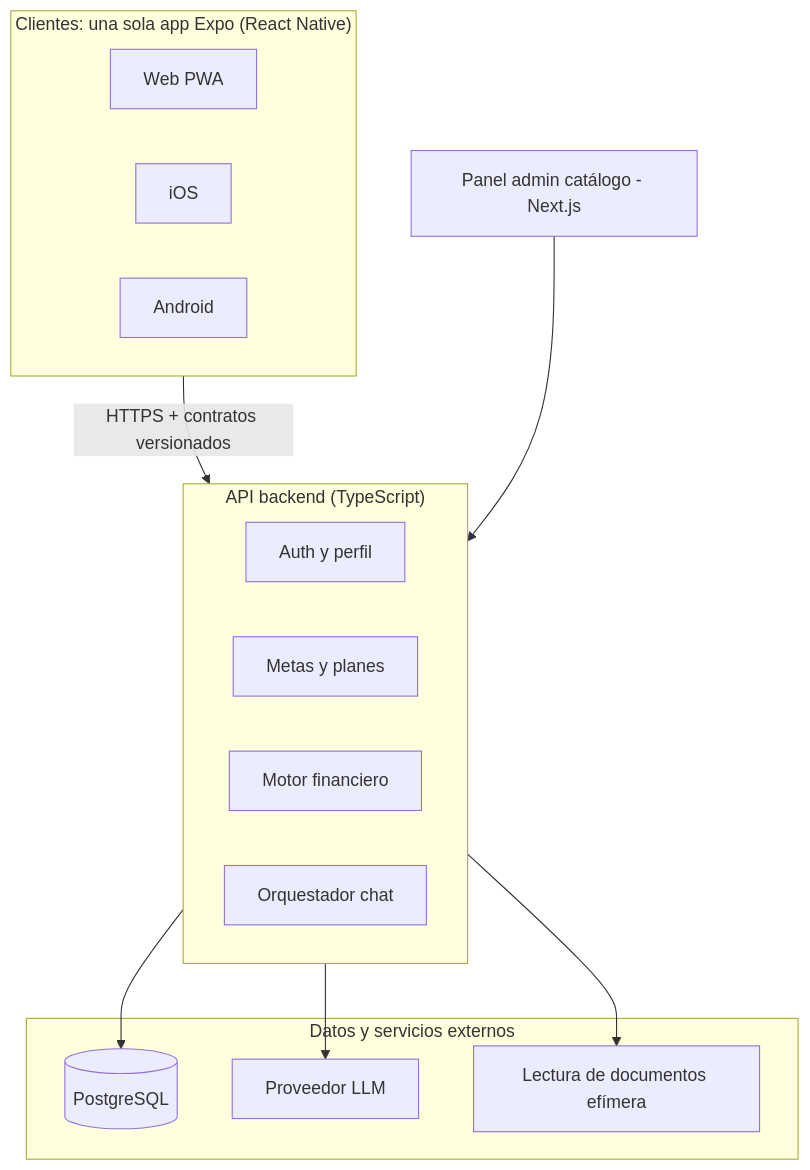
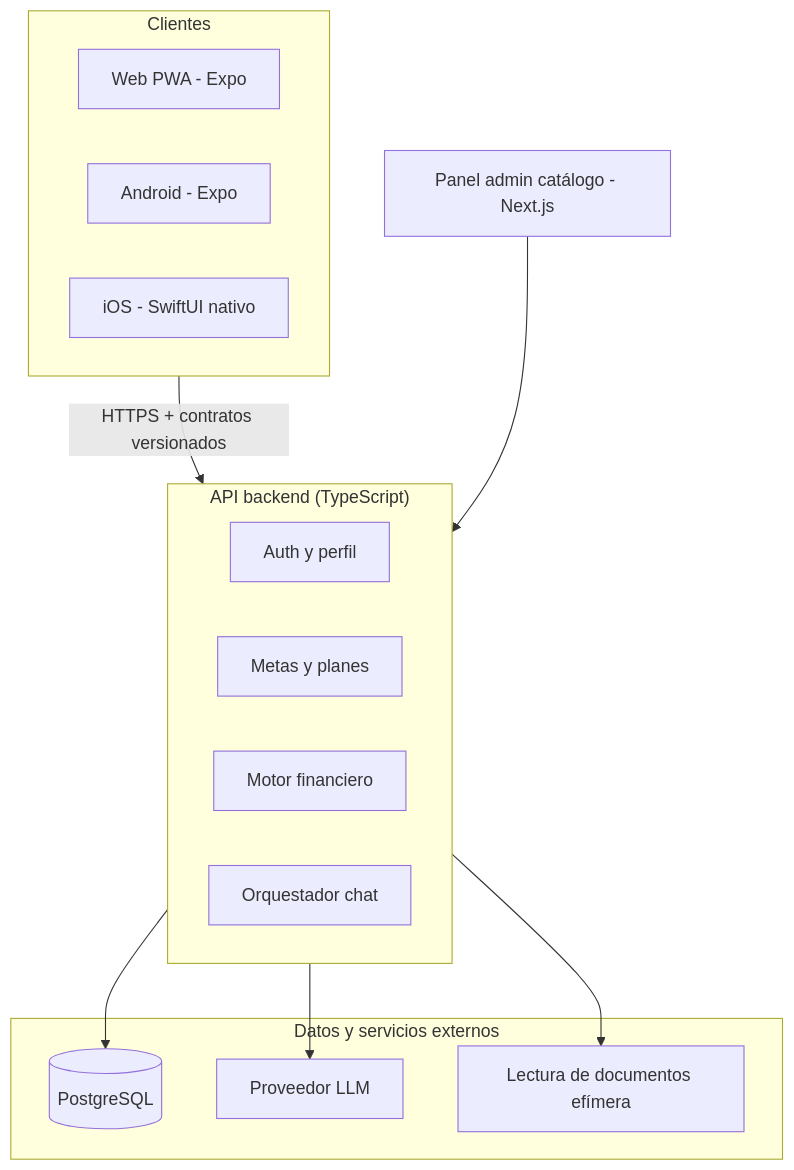
One commit to eduardothomas/financial-genius changed the diagram in docs/ARCHITECTURE.md. Above: the diagram before and after it, drawn with Mermaid. The commit also changed other lines of this file and 9 other files, not shown here.

````diff
--- a/docs/ARCHITECTURE.md
+++ b/docs/ARCHITECTURE.md
@@ -9,18 +11,18 @@
 ```mermaid
 flowchart TB
-  subgraph Clientes["Clientes: una sola app Expo (React Native)"]
-    W[Web PWA]; I[iOS]; AN[Android]
+  subgraph Clientes["Clientes"]
+    W[Web PWA - Expo]; AN[Android - Expo]; I[iOS - SwiftUI nativo]
   end
   ADM[Panel admin catálogo - Next.js]
   subgraph API["API backend (TypeScript)"]
     AU[Auth y perfil]; ME[Metas y planes]; MO[Motor financiero]; CH[Orquestador chat]
   end
   subgraph Datos["Datos y servicios externos"]
     PG[(PostgreSQL)]; LLM[Proveedor LLM]; DOC[Lectura de documentos efímera]
   end
   Clientes -- HTTPS + contratos versionados --> API
   ADM --> API
   API --> PG
   API --> LLM
   API --> DOC
 ```
````
